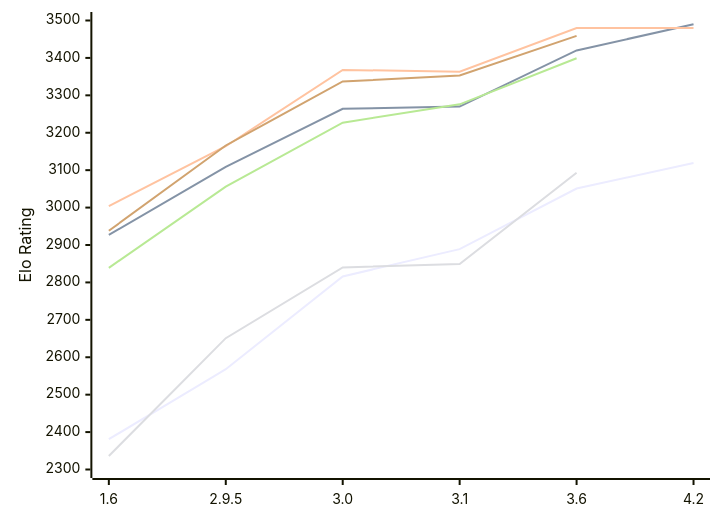
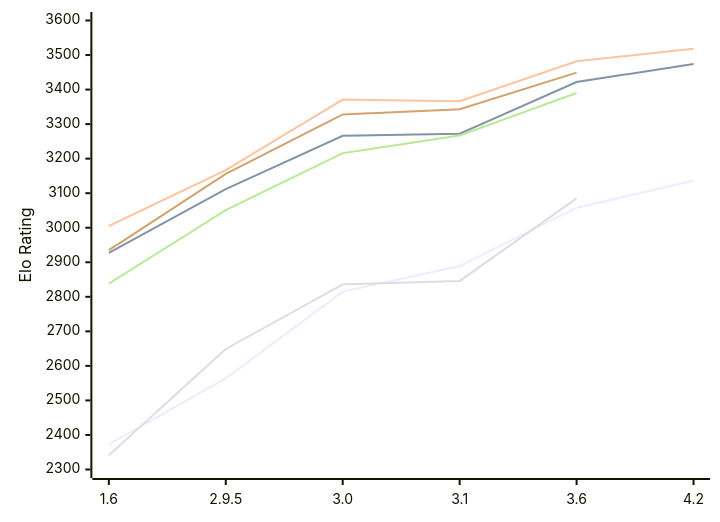
The diagram in engines/Chessenger.md (computer-chess-index/cci), drawn with Mermaid before and after one commit. The commit also changed other lines of this file, not shown here.

Commit message:
Update CCI Ratings (ELO VLTC) - 2026-11-15

````diff
--- a/engines/Chessenger.md
+++ b/engines/Chessenger.md
@@ -56,12 +56,12 @@
 ```mermaid
 %%{init: {"theme":"base","themeVariables":{"seriesColors:['#a3a3a3','#222221','#faa371']}}}%%
 xychart-beta
   x-axis ["1.6", "2.9.5", "3.0", "3.1", "3.6", "4.2"]
-  y-axis "Elo Rating" 2300 --> 3500
-  line "E1: STC (8.0+0.08s)" [2381, 2568, 2816, 2889, 3051, 3119]
-  line "E1: LTC (60.0+0.60s)" [2927, 3109, 3264, 3270, 3420, 3490]
-  line "E1: VLTC (2m24s+1.12s)" [3004, 3164, 3368, 3363, 3480, 3480]
-  line "P1: STC (8.0+0.08s)" [2336, 2651, 2840, 2849, 3093]
-  line "P1: LTC (60.0+0.60s)" [2839, 3056, 3227, 3276, 3399]
-  line "P1: VLTC (2m24s+1.12s)" [2938, 3166, 3337, 3353, 3459]
+  y-axis "Elo Rating" 2300 --> 3600
+  line "E1: STC (8.0+0.08s)" [2373, 2564, 2815, 2889, 3058, 3136]
+  line "E1: LTC (60.0+0.60s)" [2927, 3112, 3266, 3272, 3422, 3474]
+  line "E1: VLTC (2m24s+1.12s)" [3005, 3167, 3371, 3366, 3482, 3518]
+  line "P1: STC (8.0+0.08s)" [2341, 2649, 2836, 2846, 3085]
+  line "P1: LTC (60.0+0.60s)" [2838, 3051, 3216, 3267, 3390]
+  line "P1: VLTC (2m24s+1.12s)" [2935, 3156, 3328, 3343, 3449]
 ```
````
